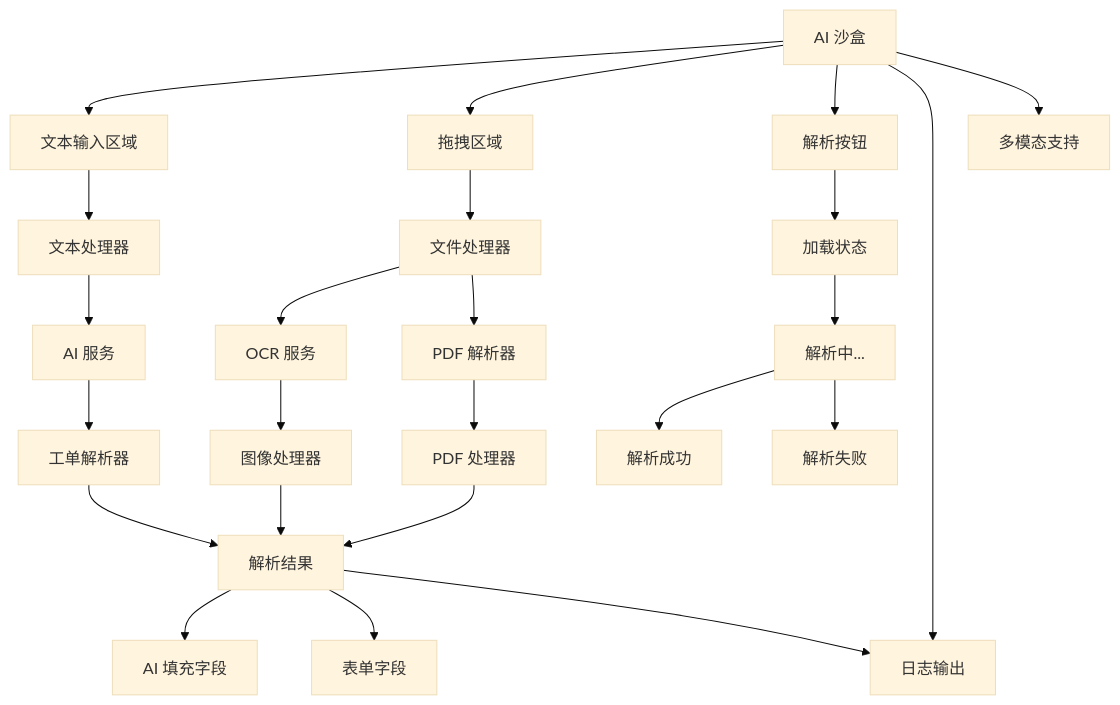
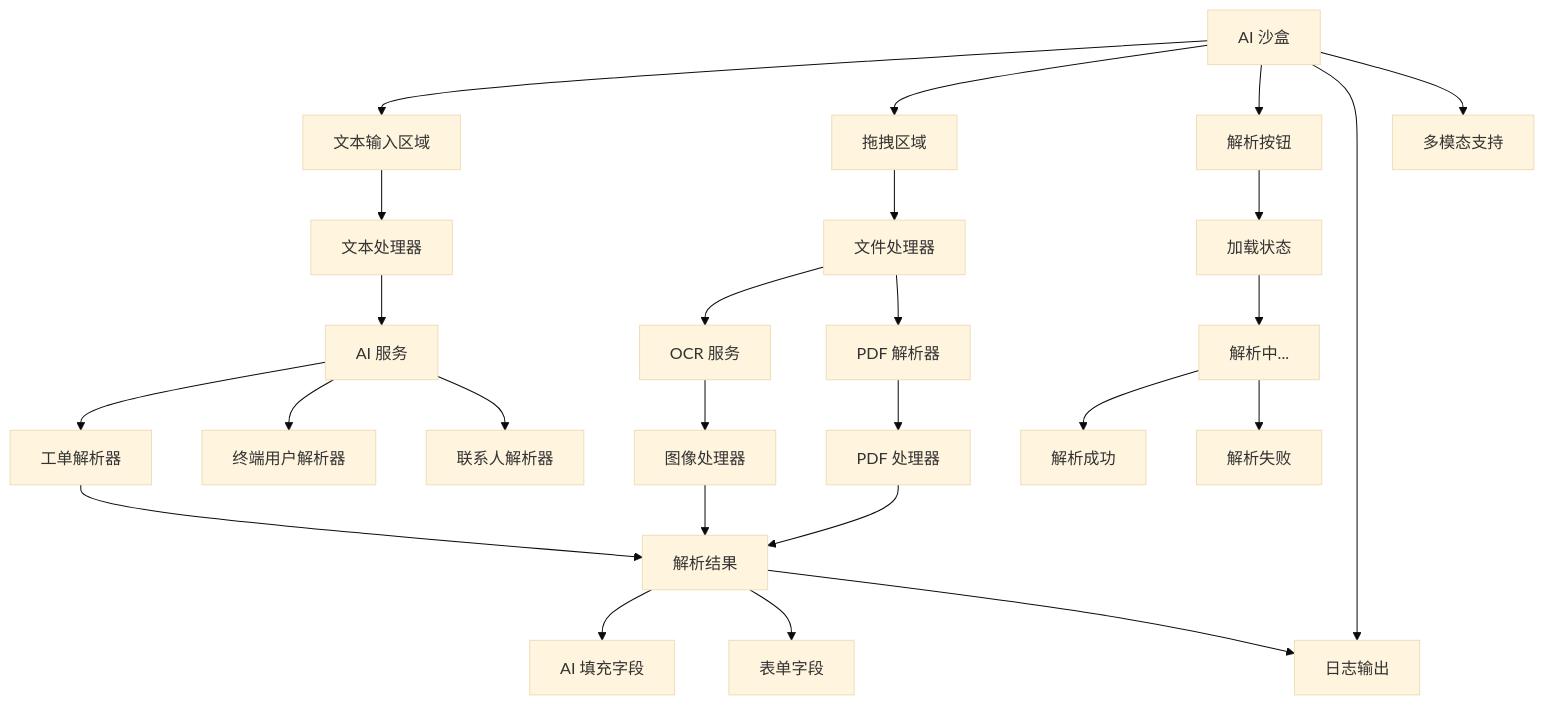
One commit to CubeEdge/Longhorn changed the tenth of 37 diagrams in .qoder/repowiki/zh/content/TicketCreationModal 工单创建模态框.md. Above: the diagram before and after it, drawn with Mermaid (base theme). The commit also changed other lines of this file and 28 other files, not shown here.

````diff
--- a/.qoder/repowiki/zh/content/TicketCreationModal 工单创建模态框.md
+++ b/.qoder/repowiki/zh/content/TicketCreationModal 工单创建模态框.md
@@ -651,26 +743,28 @@
 ```mermaid
 flowchart TD
 AISandbox[AI 沙盒] --> Input[文本输入区域]
 AISandbox --> DragDrop[拖拽区域]
 AISandbox --> ParseBtn[解析按钮]
 AISandbox --> LogOutput[日志输出]
 AISandbox --> MultiModal[多模态支持]
 Input --> TextProcessor[文本处理器]
 DragDrop --> FileProcessor[文件处理器]
 TextProcessor --> AIService[AI 服务]
 FileProcessor --> OCRService[OCR 服务]
 FileProcessor --> PDFParser[PDF 解析器]
 AIService --> TicketParser[工单解析器]
+AIService --> EndUserParser[终端用户解析器]
+AIService --> EndUserResolver[联系人解析器]
 OCRService --> ImageProcessor[图像处理器]
 PDFParser --> PDFProcessor[PDF 处理器]
 TicketParser --> Result[解析结果]
 ImageProcessor --> Result
 PDFProcessor --> Result
 Result --> GhostFields[AI 填充字段]
 Result --> FormFields[表单字段]
 Result --> LogOutput
 ParseBtn --> Loading[加载状态]
 Loading --> Parsing[解析中...]
 Parsing --> Success[解析成功]
 Parsing --> Error[解析失败]
 ```
````
